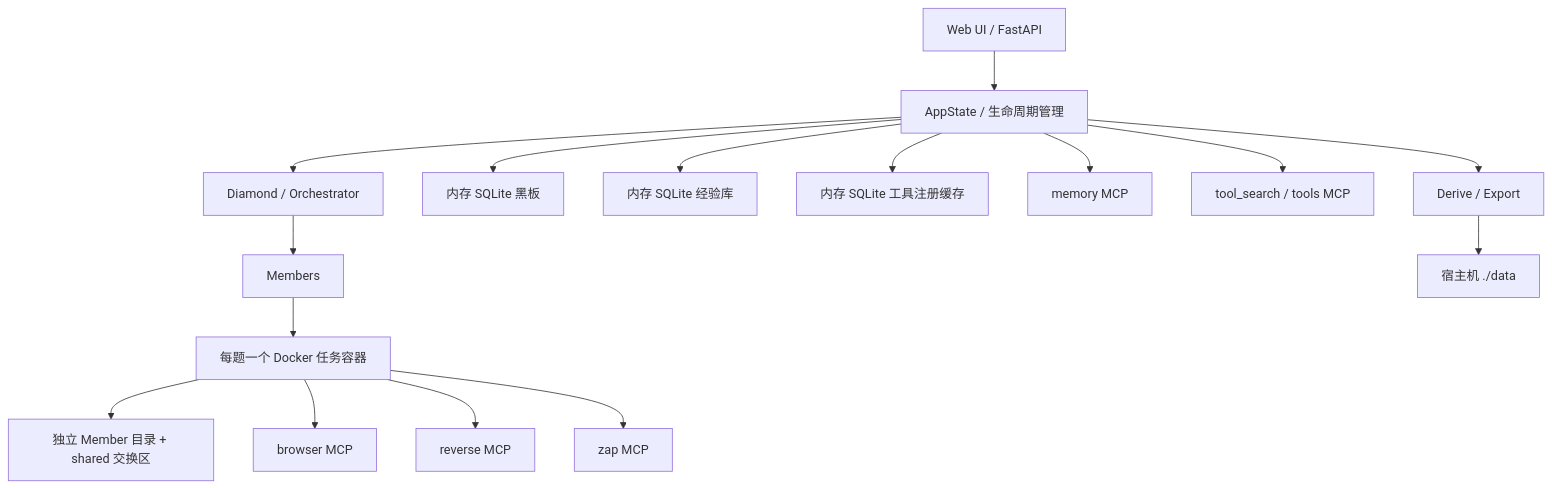
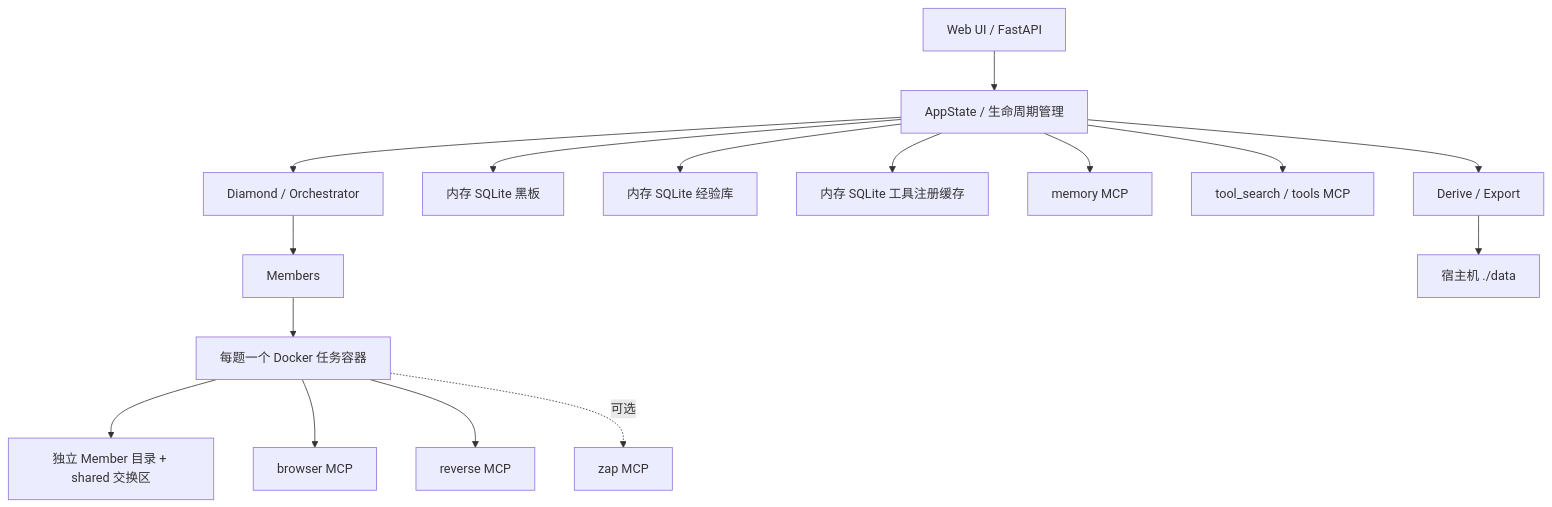
The diagram in README.md (PureStream108/IPC_CTFAgent), drawn with Mermaid before and after one commit. The commit also changed other lines of this file and 62 other files, not shown here.

````diff
--- a/README.md
+++ b/README.md
@@ -85,18 +87,18 @@
 ```mermaid
 flowchart TB
     UI["Web UI / FastAPI"] --> APP["AppState / 生命周期管理"]
     APP --> ORCH["Diamond / Orchestrator"]
     ORCH --> MEMBERS["Members"]
     APP --> BOARD["内存 SQLite 黑板"]
     APP --> MEM["内存 SQLite 经验库"]
     APP --> REG["内存 SQLite 工具注册缓存"]
     MEMBERS --> TASK["每题一个 Docker 任务容器"]
     TASK --> WORK["独立 Member 目录 + shared 交换区"]
     TASK --> MCP1["browser MCP"]
     TASK --> MCP2["reverse MCP"]
-    TASK --> MCP3["zap MCP"]
+    TASK -. 可选 .-> MCP3["zap MCP"]
     APP --> MCP4["memory MCP"]
     APP --> MCP5["tool_search / tools MCP"]
     APP --> EXPORT["Derive / Export"]
     EXPORT --> DATA["宿主机 ./data"]
 ```
````
